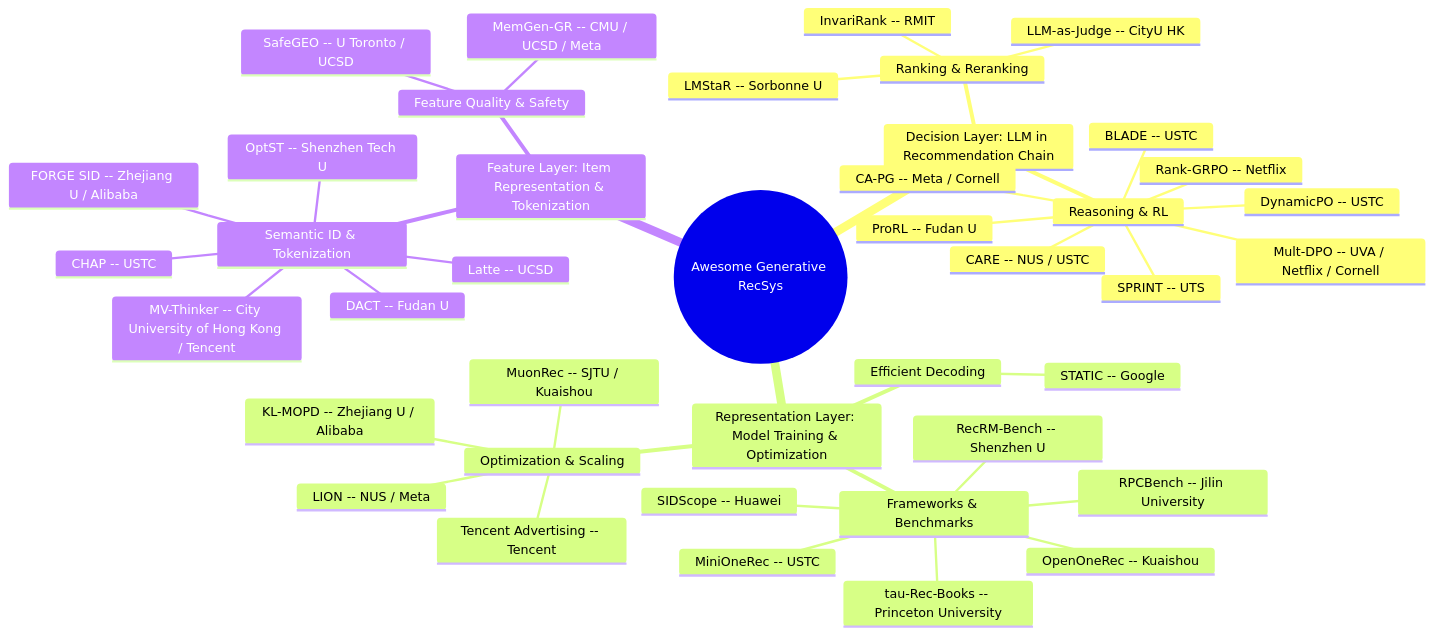
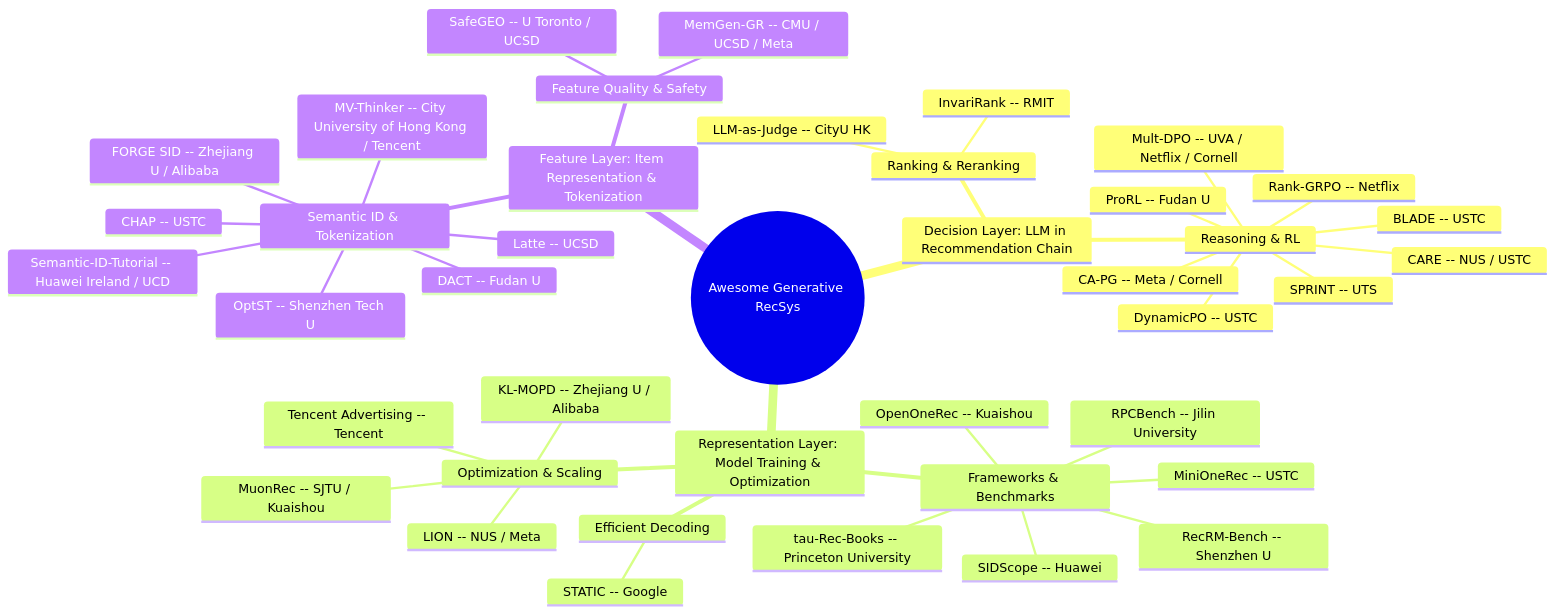
The diagram in README.md (HaFred/awesome-generative-recsys), drawn with Mermaid before and after one commit. The commit also changed other lines of this file and 3 other files, not shown here.

````diff
--- a/README.md
+++ b/README.md
@@ -30,44 +30,44 @@
 ```mermaid
 mindmap
   root((Awesome Generative RecSys))
     Decision Layer: LLM in Recommendation Chain
       Reasoning & RL
         Rank-GRPO -- Netflix
         DynamicPO -- USTC
         BLADE -- USTC
         SPRINT -- UTS
         CARE -- NUS / USTC
         Mult-DPO -- UVA / Netflix / Cornell
         CA-PG -- Meta / Cornell
         ProRL -- Fudan U
       Ranking & Reranking
         InvariRank -- RMIT
         LLM-as-Judge -- CityU HK
-        LMStaR -- Sorbonne U
     Representation Layer: Model Training & Optimization
       Frameworks & Benchmarks
         MiniOneRec -- USTC
         OpenOneRec -- Kuaishou
         RecRM-Bench -- Shenzhen U
         SIDScope -- Huawei
         RPCBench -- Jilin University
         tau-Rec-Books -- Princeton University
       Efficient Decoding
         STATIC -- Google
       Optimization & Scaling
         MuonRec -- SJTU / Kuaishou
         Tencent Advertising -- Tencent
         LION -- NUS / Meta
         KL-MOPD -- Zhejiang U / Alibaba
     Feature Layer: Item Representation & Tokenization
       Semantic ID & Tokenization
         Latte -- UCSD
         FORGE SID -- Zhejiang U / Alibaba
         DACT -- Fudan U
         CHAP -- USTC
         OptST -- Shenzhen Tech U
         MV-Thinker -- City University of Hong Kong / Tencent
+        Semantic-ID-Tutorial -- Huawei Ireland / UCD
       Feature Quality & Safety
         SafeGEO -- U Toronto / UCSD
         MemGen-GR -- CMU / UCSD / Meta
 ```
````
